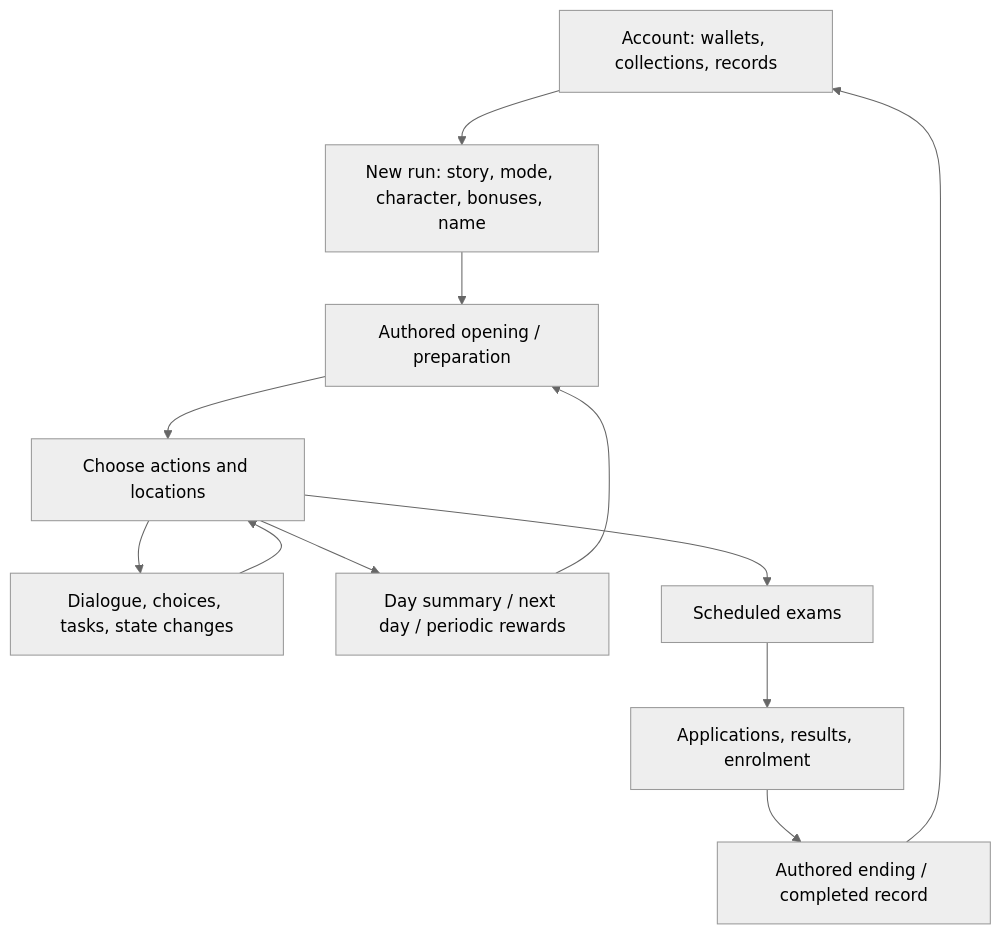
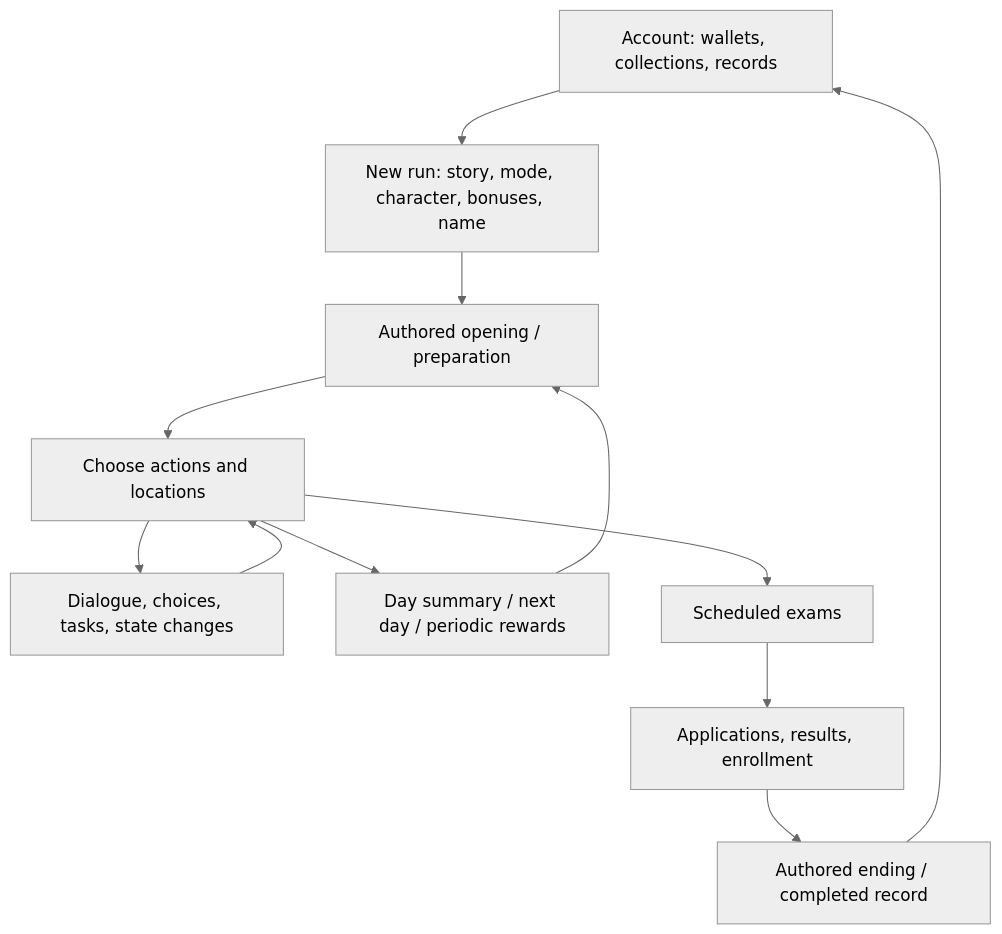
One commit to rishabh-mohan/d31 changed the diagram in docs/ORIGINAL-GAME-FUNCTIONS.md. Above: the diagram before and after it, drawn with Mermaid (neutral theme). The commit also changed other lines of this file and 16 other files, not shown here.

````diff
--- a/docs/ORIGINAL-GAME-FUNCTIONS.md
+++ b/docs/ORIGINAL-GAME-FUNCTIONS.md
@@ -149,14 +149,14 @@
 ```mermaid
 flowchart TD
   Account[Account: wallets, collections, records] --> Setup[New run: story, mode, character, bonuses, name]
   Setup --> Opening[Authored opening / preparation]
   Opening --> Day[Choose actions and locations]
   Day --> Events[Dialogue, choices, tasks, state changes]
   Events --> Day
   Day --> Night[Day summary / next day / periodic rewards]
   Night --> Opening
   Day --> Exam[Scheduled exams]
-  Exam --> Admission[Applications, results, enrolment]
+  Exam --> Admission[Applications, results, enrollment]
   Admission --> Ending[Authored ending / completed record]
   Ending --> Account
 ```
````
